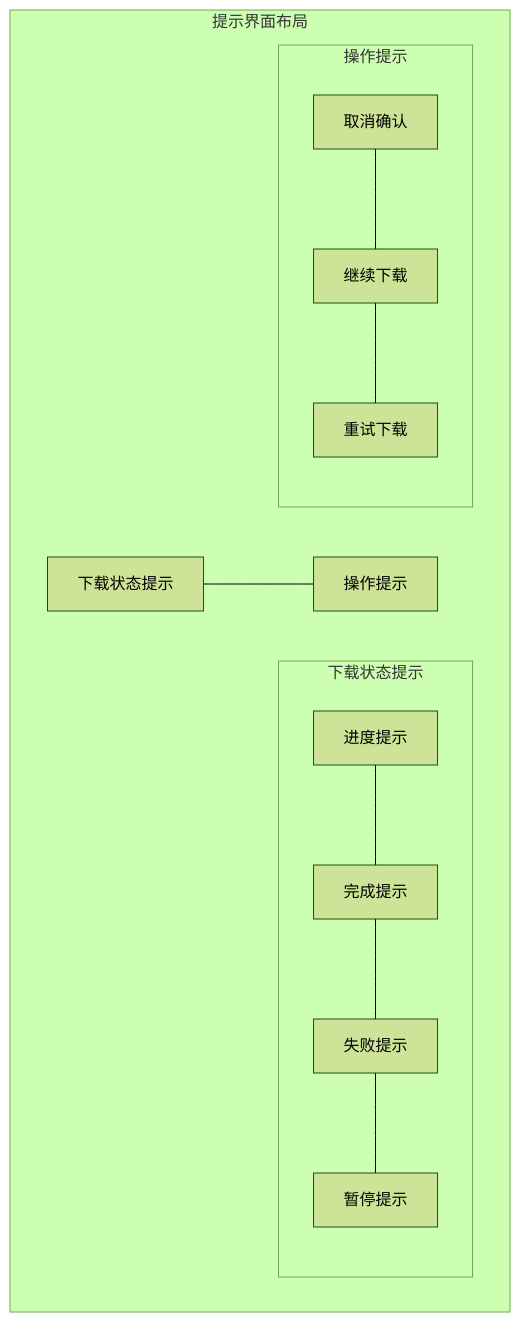
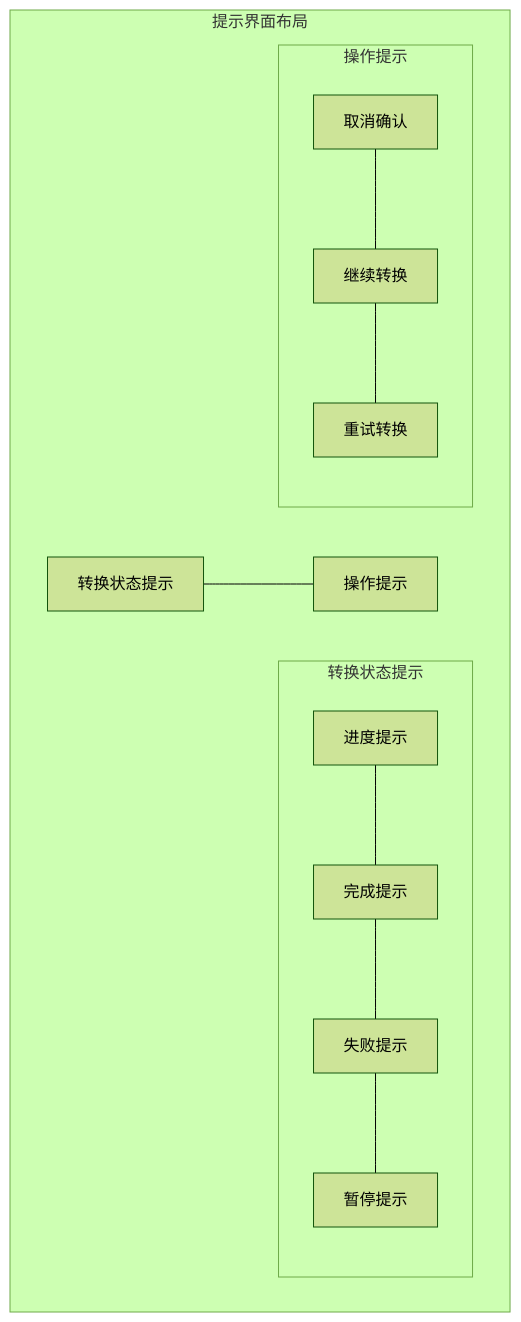
Before and after one commit to qinyiOvO/VAConverter: the diagram in 界面设计/提示界面.md, drawn with Mermaid (forest theme). The commit also changed other lines of this file and 13 other files, not shown here.

````diff
--- a/界面设计/提示界面.md
+++ b/界面设计/提示界面.md
@@ -1,17 +1,17 @@
 ```mermaid
 graph TD
     subgraph 提示界面布局
-        A[下载状态提示] --- B[操作提示]
+        A[转换状态提示] --- B[操作提示]
         
-        subgraph 下载状态提示
+        subgraph 转换状态提示
             A1[进度提示] --- A2[完成提示]
             A2 --- A3[失败提示]
             A3 --- A4[暂停提示]
         end
         
         subgraph 操作提示
-            B1[取消确认] --- B2[继续下载]
-            B2 --- B3[重试下载]
+            B1[取消确认] --- B2[继续转换]
+            B2 --- B3[重试转换]
         end
     end
 ```
````
